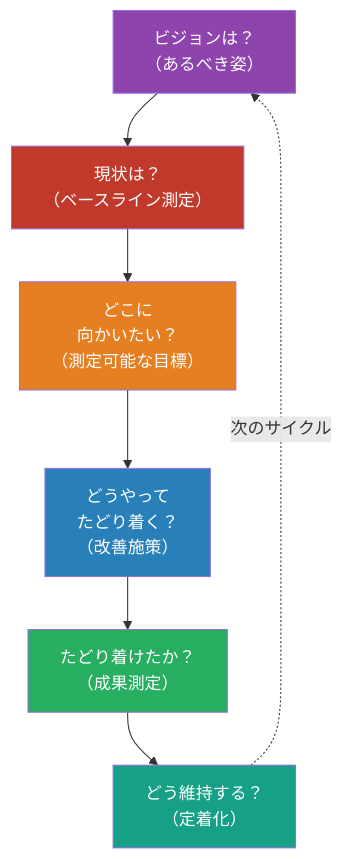
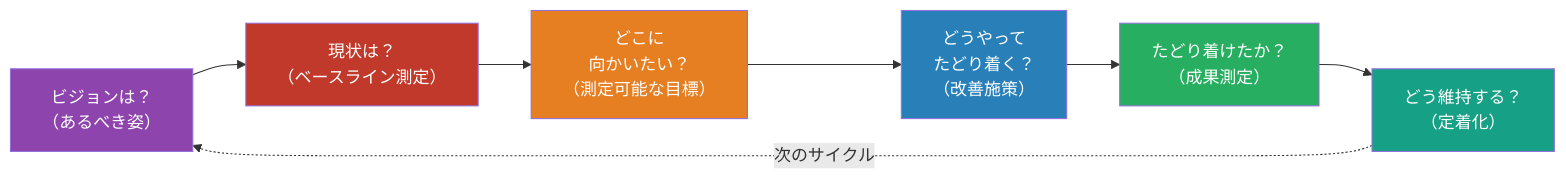
The seventh of 8 diagrams in service-management-map.md (shuji-bonji/Management-of-software-systems-and-services), drawn with Mermaid before and after one commit. The commit also changed other lines of this file and 9 other files, not shown here.

Commit message:
fix: Mermaid図の改善

````diff
--- a/service-management-map.md
+++ b/service-management-map.md
@@ -435,16 +425,16 @@
 ```mermaid
-flowchart TD
-    A["ビジョンは？\n（あるべき姿）"] --> B["現状は？\n（ベースライン測定）"]
-    B --> C["どこに\n向かいたい？\n（測定可能な目標）"]
-    C --> D["どうやって\nたどり着く？\n（改善施策）"]
-    D --> E["たどり着けたか？\n（成果測定）"]
-    E --> F["どう維持する？\n（定着化）"]
+flowchart LR
+    A["ビジョンは？<br>（あるべき姿）"] --> B["現状は？<br>（ベースライン測定）"]
+    B --> C["どこに<br>向かいたい？<br>（測定可能な目標）"]
+    C --> D["どうやって<br>たどり着く？<br>（改善施策）"]
+    D --> E["たどり着けたか？<br>（成果測定）"]
+    E --> F["どう維持する？<br>（定着化）"]
     F -.->|"次のサイクル"| A
 
     style A fill:#8E44AD,color:#fff
     style B fill:#C0392B,color:#fff
     style C fill:#E67E22,color:#fff
     style D fill:#2980B9,color:#fff
     style E fill:#27AE60,color:#fff
     style F fill:#16A085,color:#fff
 ```
````
